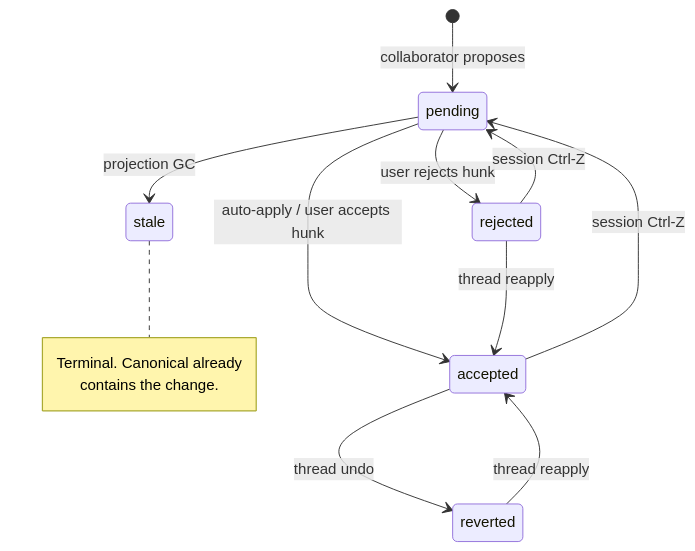
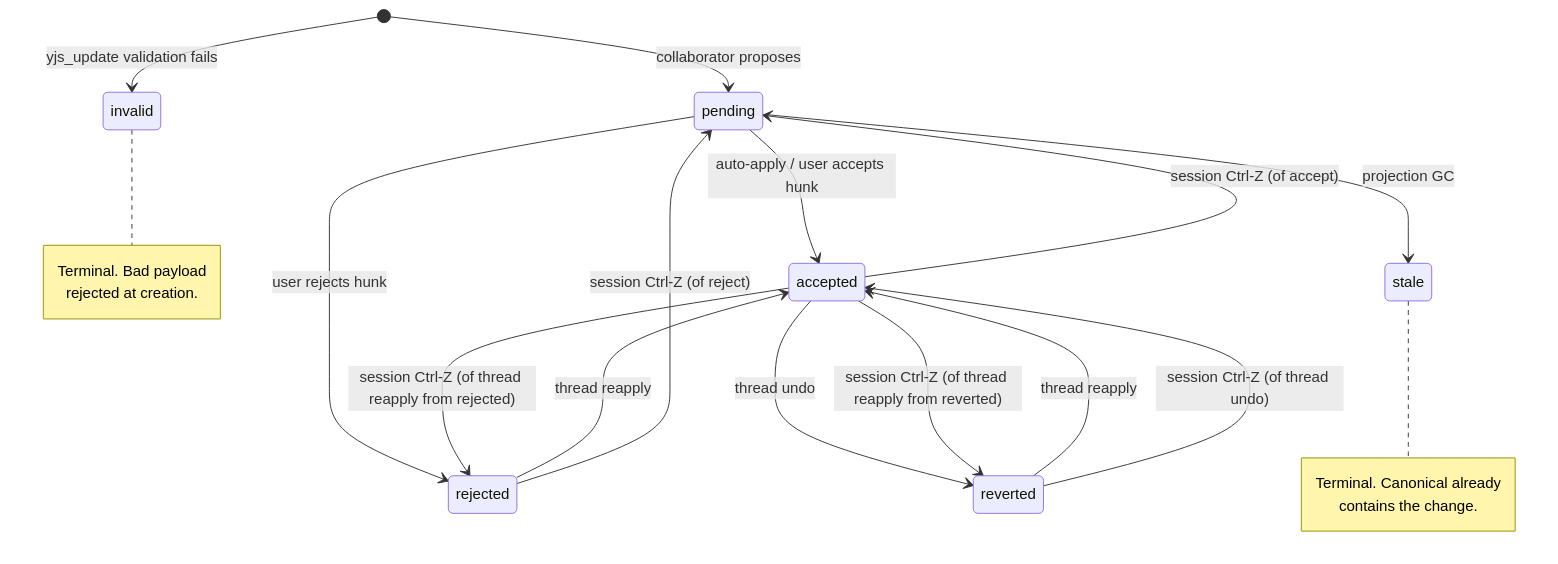
One commit to haowjy/meridian-flow changed the third of 3 diagrams in .meridian/work/collab-data-model-v2/spec/architecture.md. Above: the diagram before and after it, drawn with Mermaid. The commit also changed other lines of this file and 10 other files, not shown here.

````diff
--- a/.meridian/work/collab-data-model-v2/spec/architecture.md
+++ b/.meridian/work/collab-data-model-v2/spec/architecture.md
@@ -183,17 +191,23 @@
 ```mermaid
 stateDiagram-v2
     [*] --> pending : collaborator proposes
 
     pending --> accepted : auto-apply / user accepts hunk
     pending --> rejected : user rejects hunk
     pending --> stale : projection GC
 
     accepted --> reverted : thread undo
-    accepted --> pending : session Ctrl-Z
+    accepted --> pending : session Ctrl-Z (of accept)
     reverted --> accepted : thread reapply
+    reverted --> accepted : session Ctrl-Z (of thread undo)
     rejected --> accepted : thread reapply
 
-    rejected --> pending : session Ctrl-Z
+    rejected --> pending : session Ctrl-Z (of reject)
+    accepted --> reverted : session Ctrl-Z (of thread reapply from reverted)
+    accepted --> rejected : session Ctrl-Z (of thread reapply from rejected)
+
+    [*] --> invalid : yjs_update validation fails
 
     note right of stale : Terminal. Canonical already<br/>contains the change.
+    note right of invalid : Terminal. Bad payload<br/>rejected at creation.
 ```
````
